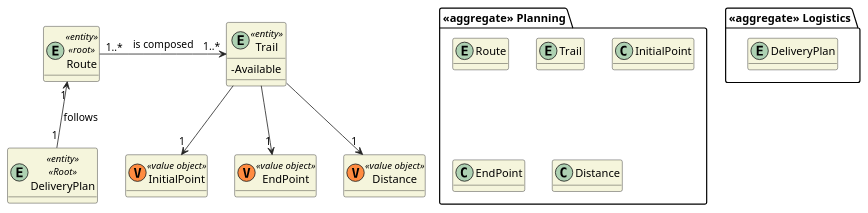
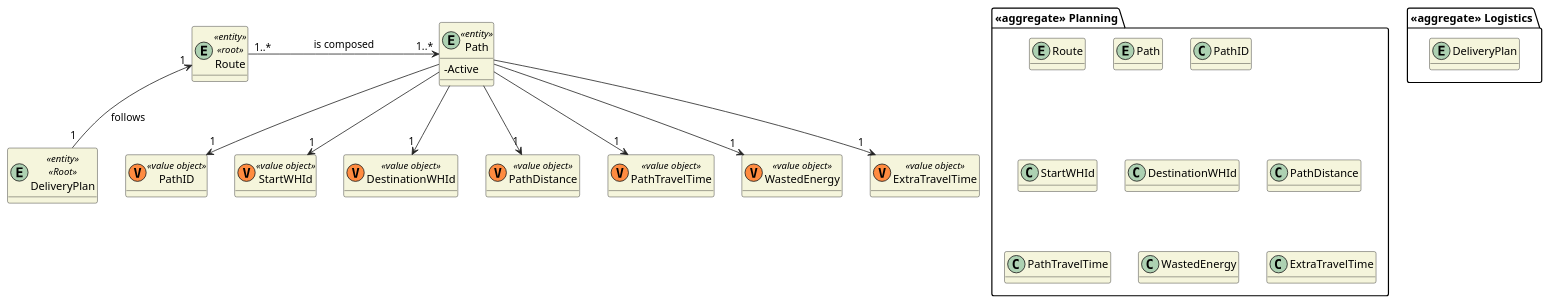
Before and after one commit to 0franciscor/dei_3dj_057: the diagram in Documents/DMs/puml/DMPlanning.puml, drawn with PlantUML. The commit also changed 14 other files, not shown here.

```diff
--- a/Documents/DMs/puml/DMPlanning.puml
+++ b/Documents/DMs/puml/DMPlanning.puml
@@ -1,44 +1,55 @@
 @startuml 
 skinparam classAttributeIconSize 0
 hide empty attributes
 skinparam classBackgroundColor beige
 skinparam ArrowColor #222222
 
 package "<<aggregate>> Planning"{
     entity Route
-    entity Trail
-    class InitialPoint
-    class EndPoint
-    class Distance
+    entity Path
+    class PathID
+    class StartWHId
+    class DestinationWHId
+    class PathDistance
+    class PathTravelTime
+    class WastedEnergy
+    class ExtraTravelTime
 }
 
 package "<<aggregate>> Logistics"{
     entity DeliveryPlan
 
 }
 
 entity DeliveryPlan <<entity>> <<Root>>{
 
 }
 
 entity Route <<entity>> <<root>>{
 
 }
 
-entity Trail <<entity>> {
-    -Available
+entity Path <<entity>> {
+    -Active
 }
 
-class InitialPoint <<(V,#FF8B40) value object>>
-class EndPoint <<(V,#FF8B40) value object>>
-class Distance <<(V,#FF8B40) value object>>
+class PathID <<(V,#FF8B40) value object>>
+class StartWHId <<(V,#FF8B40) value object>>
+class DestinationWHId <<(V,#FF8B40) value object>>
+class PathDistance <<(V,#FF8B40) value object>>
+class PathTravelTime <<(V,#FF8B40) value object>>
+class WastedEnergy <<(V,#FF8B40) value object>>
+class ExtraTravelTime <<(V,#FF8B40) value object>>
 
 
-
-Route "1..*" -> "1..*" Trail : is composed 
+Route "1..*" -> "1..*" Path : is composed 
 Route "1" <-- "1" DeliveryPlan : follows     
 
-Trail --> "1" InitialPoint
-Trail --> "1" EndPoint
-Trail --> "1" Distance
+Path --> "1" ExtraTravelTime
+Path --> "1" WastedEnergy
+Path --> "1" PathTravelTime
+Path --> "1" PathDistance
+Path --> "1" DestinationWHId
+Path --> "1" StartWHId
+Path --> "1" PathID
 @enduml
```
